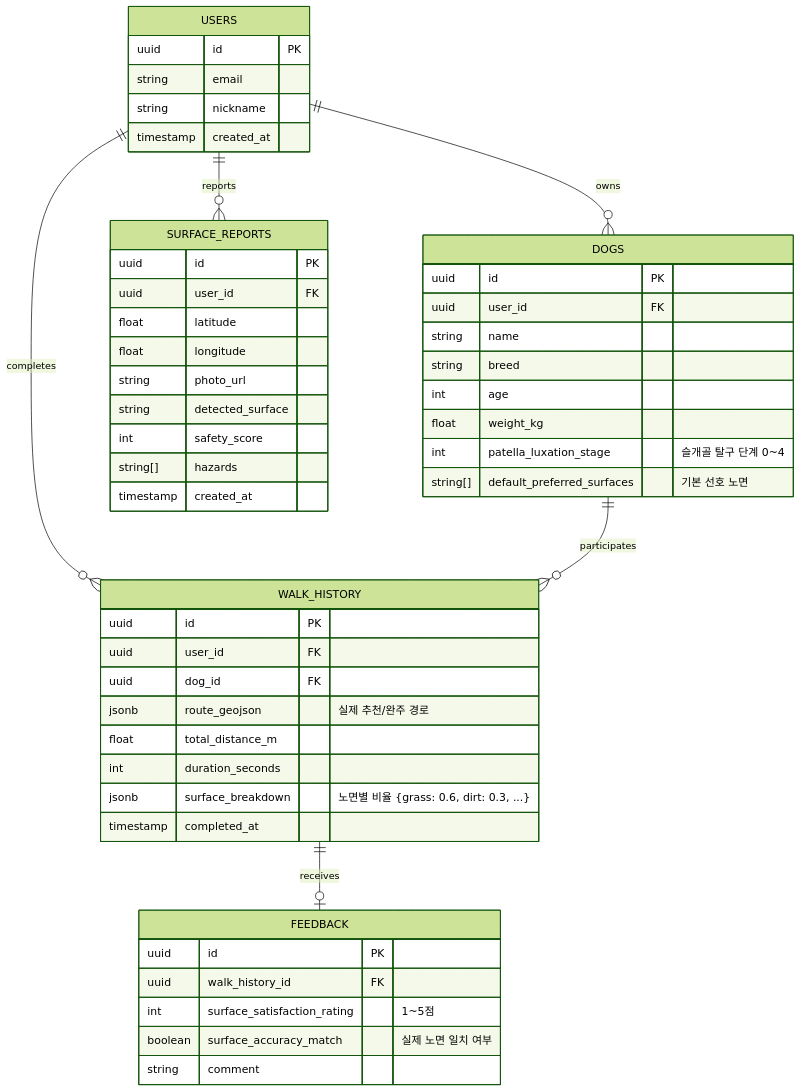
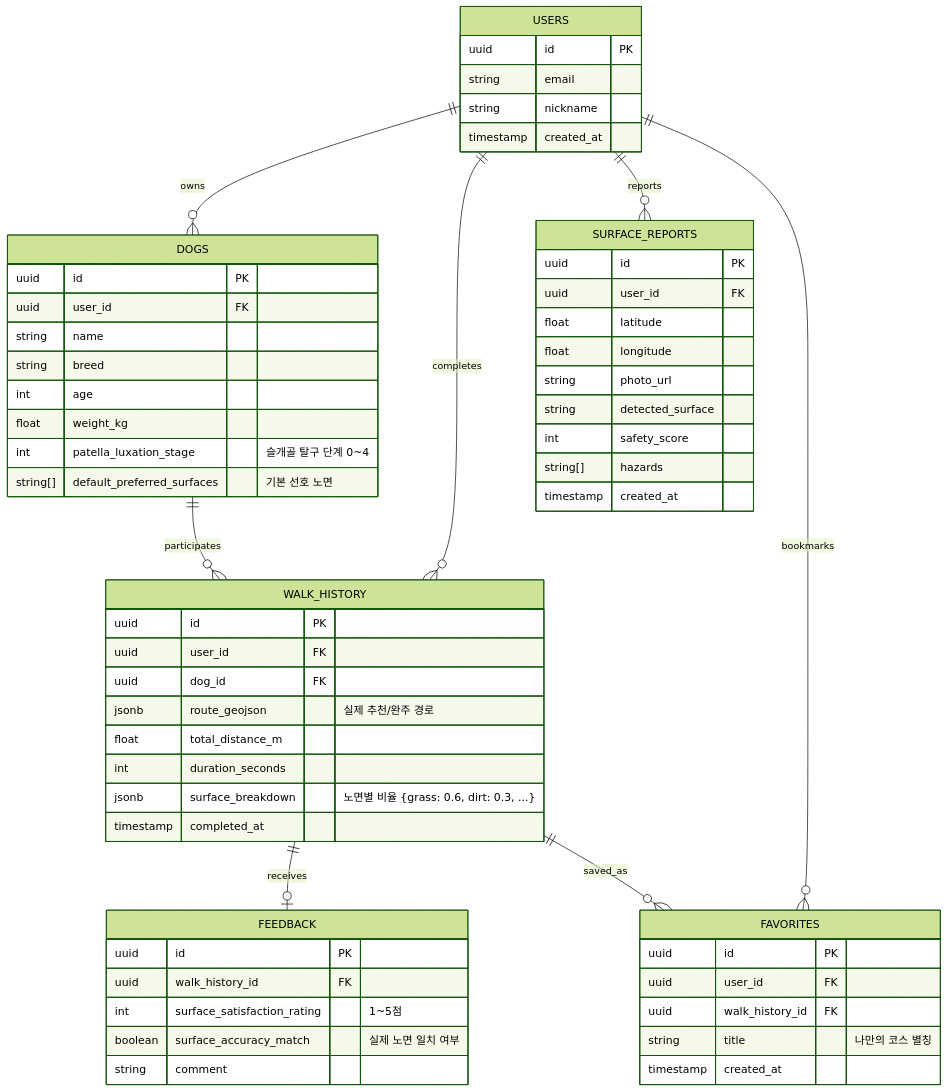
The third of 5 diagrams in docs/04_PawTrail_Architecture_Design.md (gigantess/PawTrail), drawn with Mermaid (forest theme) before and after one commit. The commit also changed other lines of this file and 7 other files, not shown here.

````diff
--- a/docs/04_PawTrail_Architecture_Design.md
+++ b/docs/04_PawTrail_Architecture_Design.md
@@ -215,57 +217,67 @@
 ```mermaid
 erDiagram
     USERS ||--o{ DOGS : owns
     USERS ||--o{ WALK_HISTORY : completes
     USERS ||--o{ SURFACE_REPORTS : reports
+    USERS ||--o{ FAVORITES : bookmarks
     DOGS ||--o{ WALK_HISTORY : participates
     WALK_HISTORY ||--o| FEEDBACK : receives
+    WALK_HISTORY ||--o{ FAVORITES : saved_as
 
     USERS {
         uuid id PK
         string email
         string nickname
         timestamp created_at
     }
 
     DOGS {
         uuid id PK
         uuid user_id FK
         string name
         string breed
         int age
         float weight_kg
         int patella_luxation_stage "슬개골 탈구 단계 0~4"
         string[] default_preferred_surfaces "기본 선호 노면"
     }
 
     WALK_HISTORY {
         uuid id PK
         uuid user_id FK
         uuid dog_id FK
         jsonb route_geojson "실제 추천/완주 경로"
         float total_distance_m
         int duration_seconds
         jsonb surface_breakdown "노면별 비율 {grass: 0.6, dirt: 0.3, ...}"
         timestamp completed_at
     }
 
     FEEDBACK {
         uuid id PK
         uuid walk_history_id FK
         int surface_satisfaction_rating "1~5점"
         boolean surface_accuracy_match "실제 노면 일치 여부"
         string comment
     }
 
     SURFACE_REPORTS {
         uuid id PK
         uuid user_id FK
         float latitude
         float longitude
         string photo_url
         string detected_surface
         int safety_score
         string[] hazards
         timestamp created_at
     }
+
+    FAVORITES {
+        uuid id PK
+        uuid user_id FK
+        uuid walk_history_id FK
+        string title "나만의 코스 별칭"
+        timestamp created_at
+    }
 ```
````
